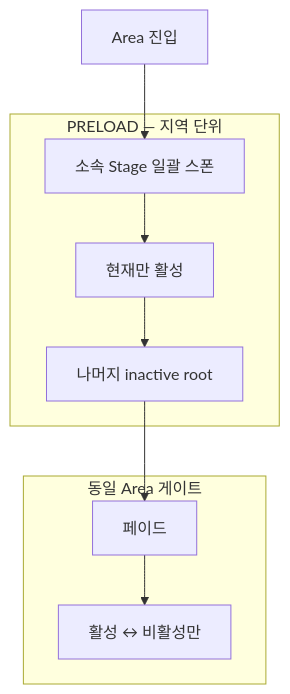
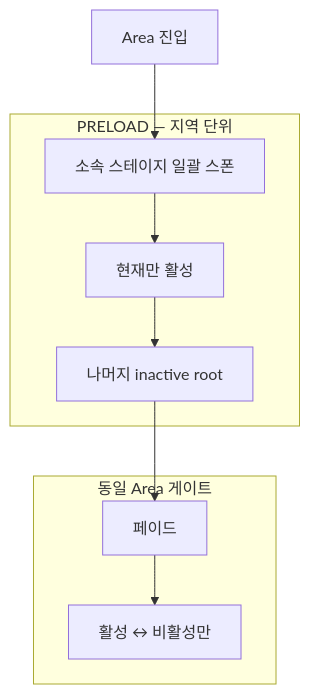
One commit to monet5379/monet5379.github.io changed the diagram in notes/stage-spawn-area-preload.md. Above: the diagram before and after it, drawn with Mermaid. The commit also changed other lines of this file and 27 other files, not shown here.

````diff
--- a/notes/stage-spawn-area-preload.md
+++ b/notes/stage-spawn-area-preload.md
@@ -60,15 +60,15 @@
 ```mermaid
 flowchart TD
   E["Area 진입"] --> P
 
   subgraph PRELOAD["PRELOAD — 지역 단위"]
-    P["소속 Stage 일괄 스폰"] --> A["현재만 활성"]
+    P["소속 스테이지 일괄 스폰"] --> A["현재만 활성"]
     A --> I["나머지 inactive root"]
   end
 
   subgraph MOVE["동일 Area 게이트"]
     G["페이드"] --> S["활성 ↔ 비활성만"]
   end
 
   I --> G
 ```
````
